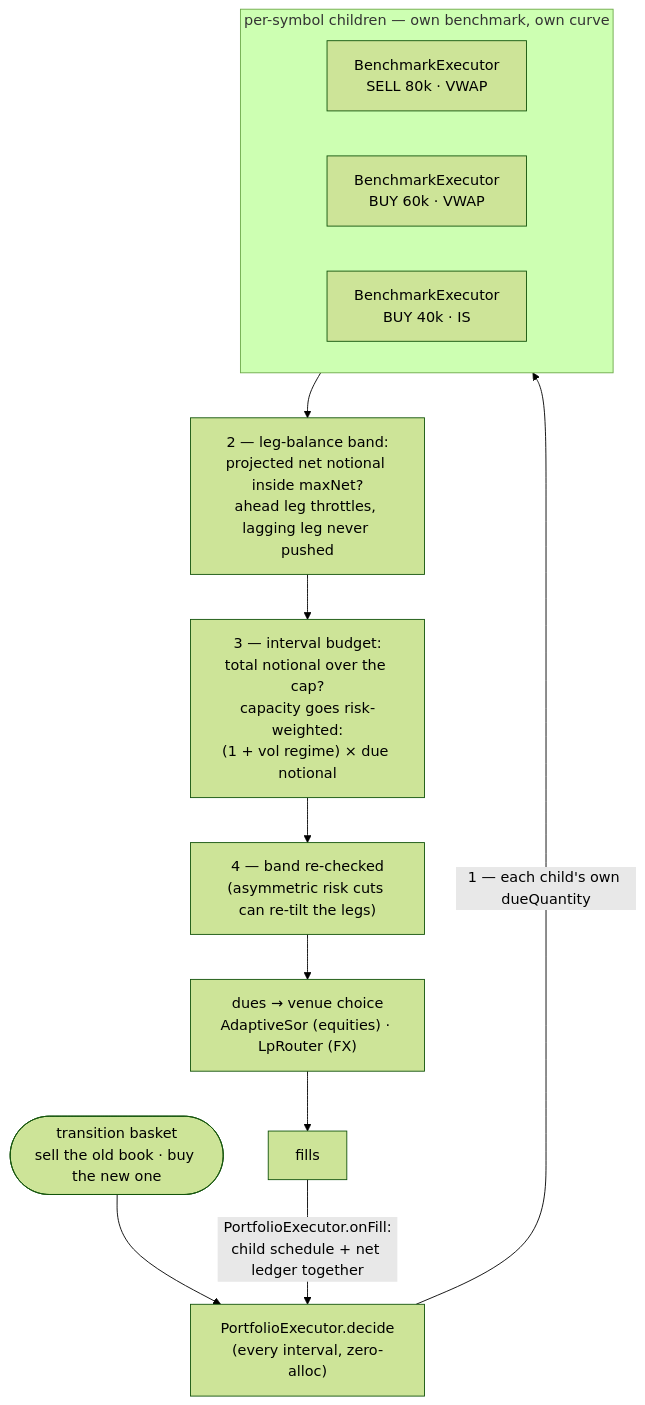
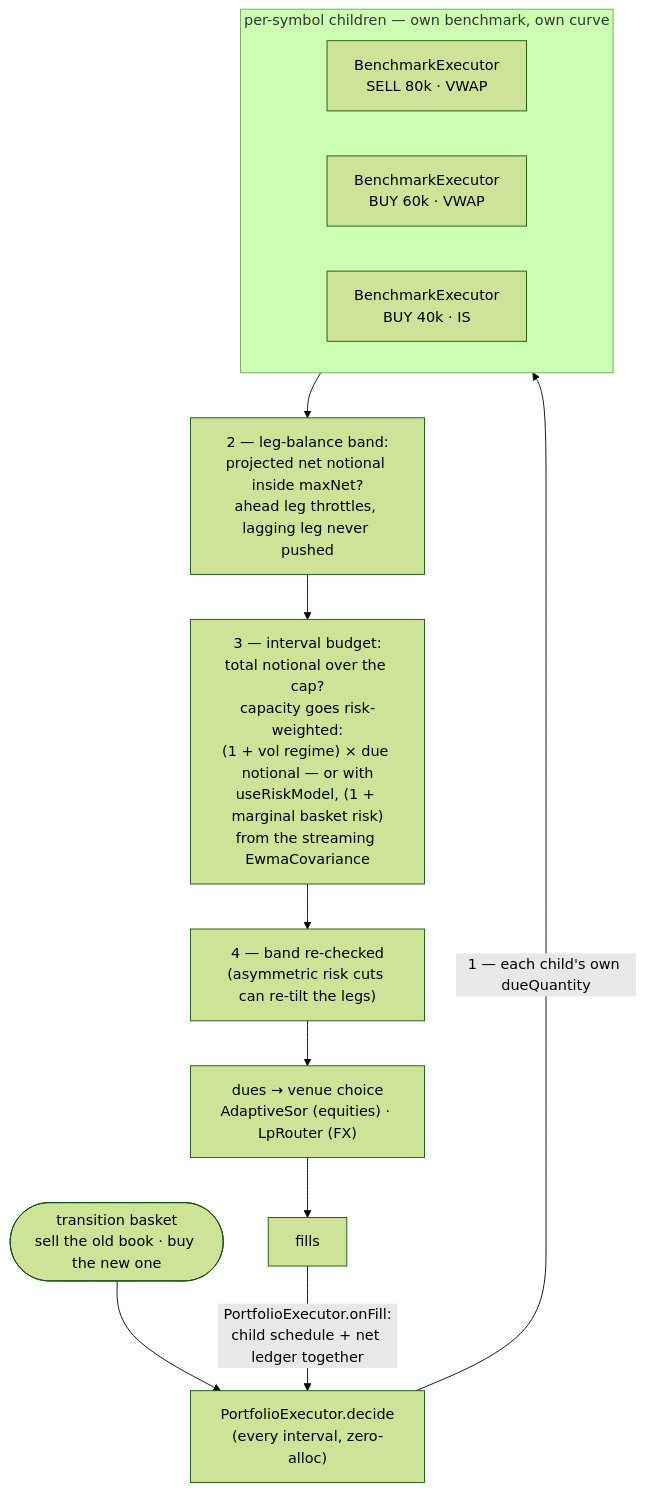
One commit to AshJha0/Quant-Finance-Library changed diagram 11 of 12 in docs/DIAGRAMS.md. Above: the diagram before and after it, drawn with Mermaid (forest theme). The commit also changed other lines of this file and 27 other files, not shown here.

````diff
--- a/docs/DIAGRAMS.md
+++ b/docs/DIAGRAMS.md
@@ -346,17 +347,17 @@
 ```mermaid
 flowchart TD
     BASKET(["transition basket<br/>sell the old book · buy the new one"]) --> PE["PortfolioExecutor.decide<br/>(every interval, zero-alloc)"]
 
     subgraph CHILDREN["per-symbol children — own benchmark, own curve"]
         C1["BenchmarkExecutor<br/>SELL 80k · VWAP"]
         C2["BenchmarkExecutor<br/>BUY 60k · VWAP"]
         C3["BenchmarkExecutor<br/>BUY 40k · IS"]
     end
     PE -->|"1 — each child's own dueQuantity"| CHILDREN
     CHILDREN --> OV1["2 — leg-balance band:<br/>projected net notional inside maxNet?<br/>ahead leg throttles, lagging leg never pushed"]
-    OV1 --> OV2["3 — interval budget:<br/>total notional over the cap?<br/>capacity goes risk-weighted:<br/>(1 + vol regime) × due notional"]
+    OV1 --> OV2["3 — interval budget:<br/>total notional over the cap?<br/>capacity goes risk-weighted:<br/>(1 + vol regime) × due notional — or with<br/>useRiskModel, (1 + marginal basket risk)<br/>from the streaming EwmaCovariance"]
     OV2 --> OV3["4 — band re-checked<br/>(asymmetric risk cuts can re-tilt the legs)"]
     OV3 --> ROUTE["dues → venue choice<br/>AdaptiveSor (equities) · LpRouter (FX)"]
     ROUTE --> FILLS["fills"]
     FILLS -->|"PortfolioExecutor.onFill:<br/>child schedule + net ledger together"| PE
 ```
````
